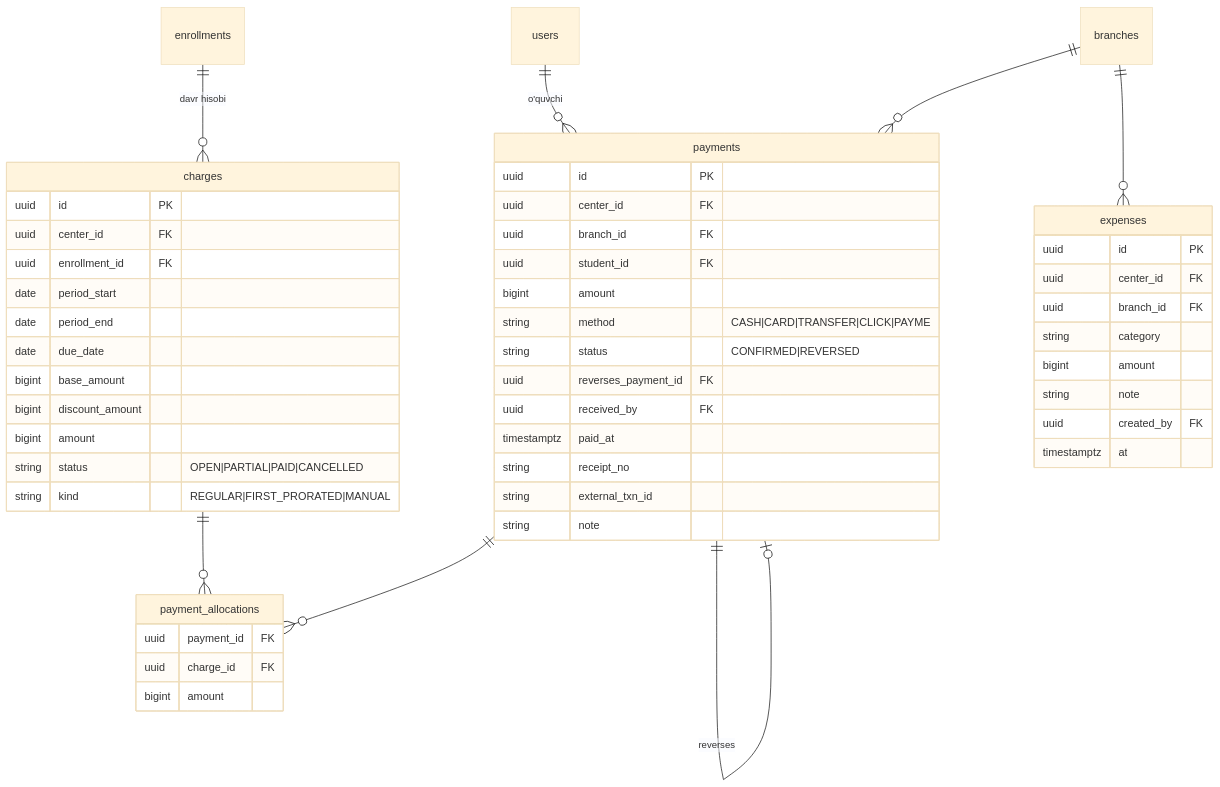
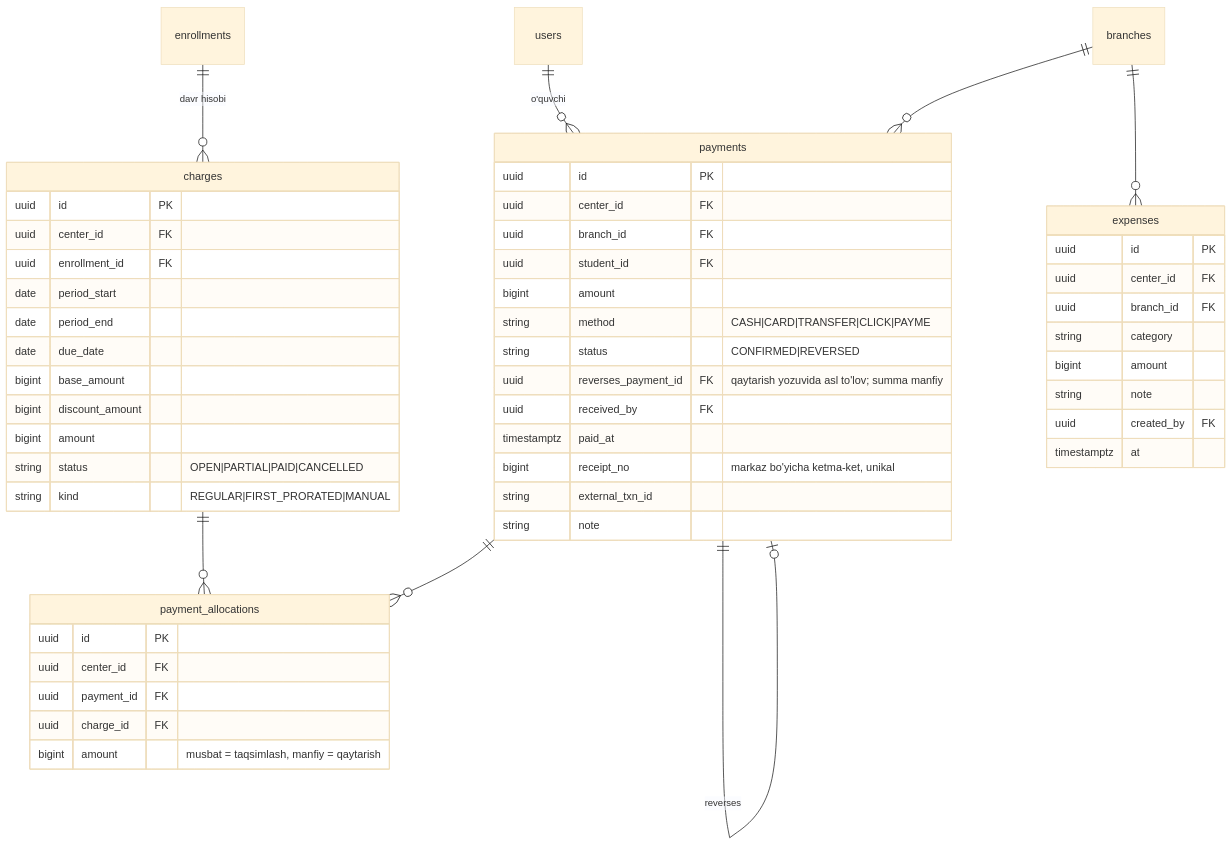
Before and after one commit to sirojjontoshmurodov7-bit/ERP: the third of 4 diagrams in ERD-VA-RUXSATLAR.md, drawn with Mermaid (base theme). The commit also changed other lines of this file and 28 other files, not shown here.

````diff
--- a/ERD-VA-RUXSATLAR.md
+++ b/ERD-VA-RUXSATLAR.md
@@ -308,54 +308,56 @@
 ```mermaid
 erDiagram
     enrollments ||--o{ charges : "davr hisobi"
     charges ||--o{ payment_allocations : ""
     payments ||--o{ payment_allocations : ""
     users ||--o{ payments : "o'quvchi"
     payments ||--o| payments : "reverses"
     branches ||--o{ payments : ""
     branches ||--o{ expenses : ""
 
     charges {
         uuid id PK
         uuid center_id FK
         uuid enrollment_id FK
         date period_start
         date period_end
         date due_date
         bigint base_amount
         bigint discount_amount
         bigint amount
         string status "OPEN|PARTIAL|PAID|CANCELLED"
         string kind "REGULAR|FIRST_PRORATED|MANUAL"
     }
     payments {
         uuid id PK
         uuid center_id FK
         uuid branch_id FK
         uuid student_id FK
         bigint amount
         string method "CASH|CARD|TRANSFER|CLICK|PAYME"
         string status "CONFIRMED|REVERSED"
-        uuid reverses_payment_id FK
+        uuid reverses_payment_id FK "qaytarish yozuvida asl to'lov; summa manfiy"
         uuid received_by FK
         timestamptz paid_at
-        string receipt_no
+        bigint receipt_no "markaz bo'yicha ketma-ket, unikal"
         string external_txn_id
         string note
     }
     payment_allocations {
+        uuid id PK
+        uuid center_id FK
         uuid payment_id FK
         uuid charge_id FK
-        bigint amount
+        bigint amount "musbat = taqsimlash, manfiy = qaytarish"
     }
     expenses {
         uuid id PK
         uuid center_id FK
         uuid branch_id FK
         string category
         bigint amount
         string note
         uuid created_by FK
         timestamptz at
     }
 ```
````
